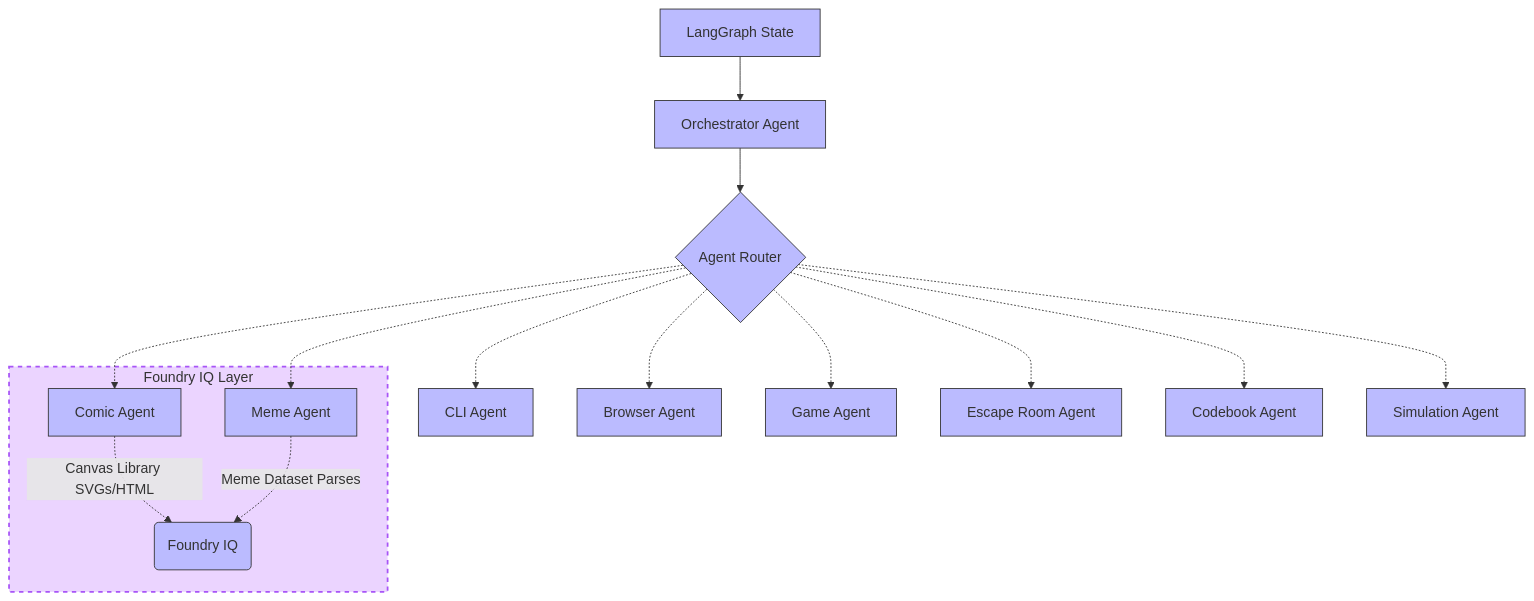
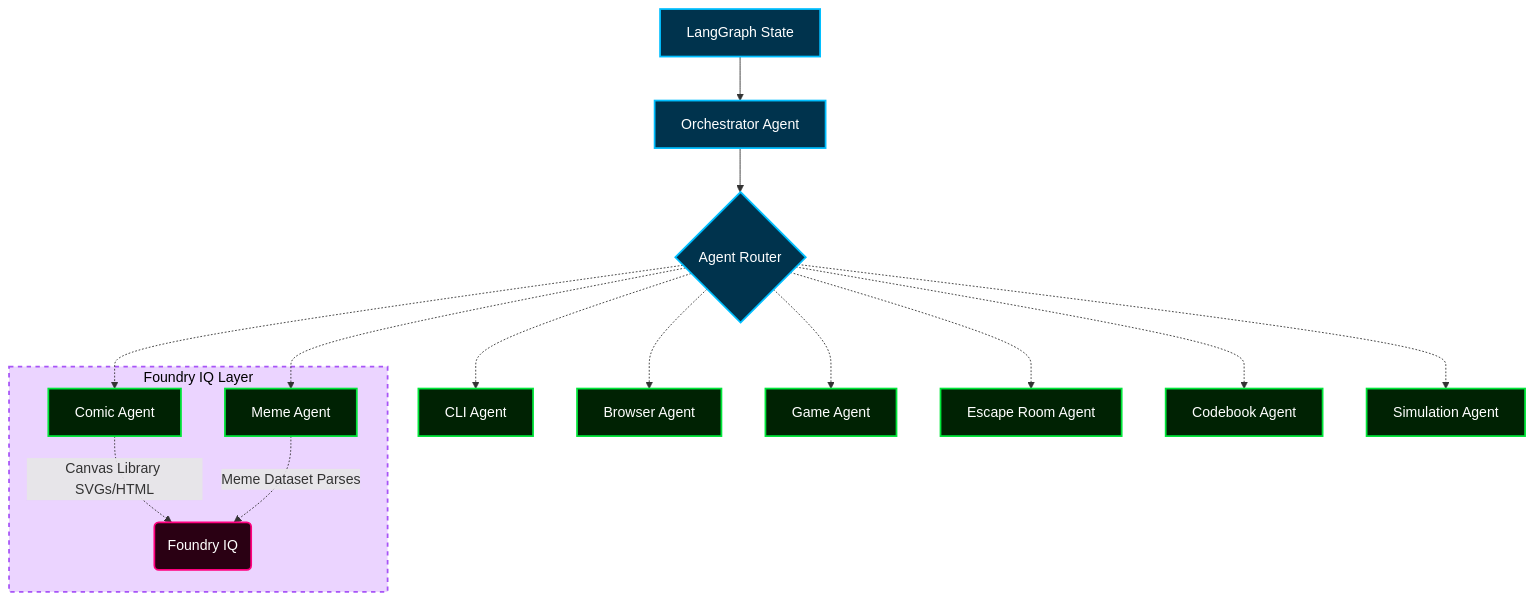
One commit to Niteesh57/knowledgeforge changed the diagram in README.md. Above: the diagram before and after it, drawn with Mermaid.

Commit message:
Image Update

````diff
--- a/README.md
+++ b/README.md
@@ -44,24 +44,29 @@
 ```mermaid
 graph TD
     LGS[LangGraph State] --> Orch[Orchestrator Agent]
     Orch --> Router{Agent Router}
     
     Router -.-> CLI[CLI Agent]
     Router -.-> Browser[Browser Agent]
     Router -.-> Game[Game Agent]
     Router -.-> Escape[Escape Room Agent]
     Router -.-> Codebook[Codebook Agent]
     Router -.-> Sim[Simulation Agent]
     Router -.-> Comic[Comic Agent]
     Router -.-> Meme[Meme Agent]
     
     subgraph FoundryLayer [Foundry IQ Layer]
         Comic -.->|Canvas Library SVGs/HTML| FIQ(Foundry IQ)
         Meme -.->|Meme Dataset Parses| FIQ
     end
     
-    classDef default fill:#bbf,stroke:#333,stroke-width:1px;
-    classDef agent fill:#bbf,stroke:#333,stroke-width:1px;
+    classDef backend fill:#00334d,stroke:#00bfff,stroke-width:2px,color:#fff;
+    classDef agent fill:#002203,stroke:#00e639,stroke-width:2px,color:#fff;
+    classDef foundry fill:#2a0013,stroke:#ff007f,stroke-width:2px,color:#fff;
     
-    style FoundryLayer fill:#ebd4ff,stroke:#a855f7,stroke-width:2px,stroke-dasharray: 5 5
+    class LGS,Orch,Router backend;
+    class CLI,Browser,Game,Escape,Codebook,Sim,Comic,Meme agent;
+    class FIQ foundry;
+    
+    style FoundryLayer fill:#ebd4ff,stroke:#a855f7,stroke-width:2px,stroke-dasharray: 5 5,color:#000
 ```
````
